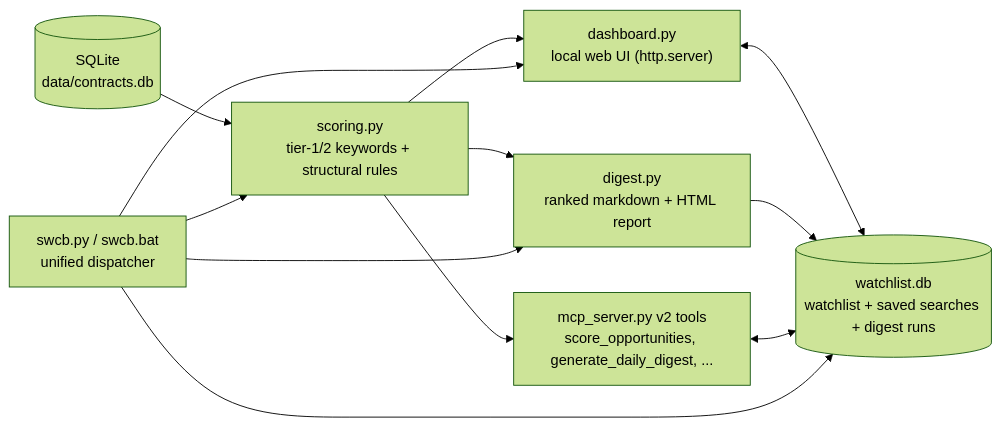
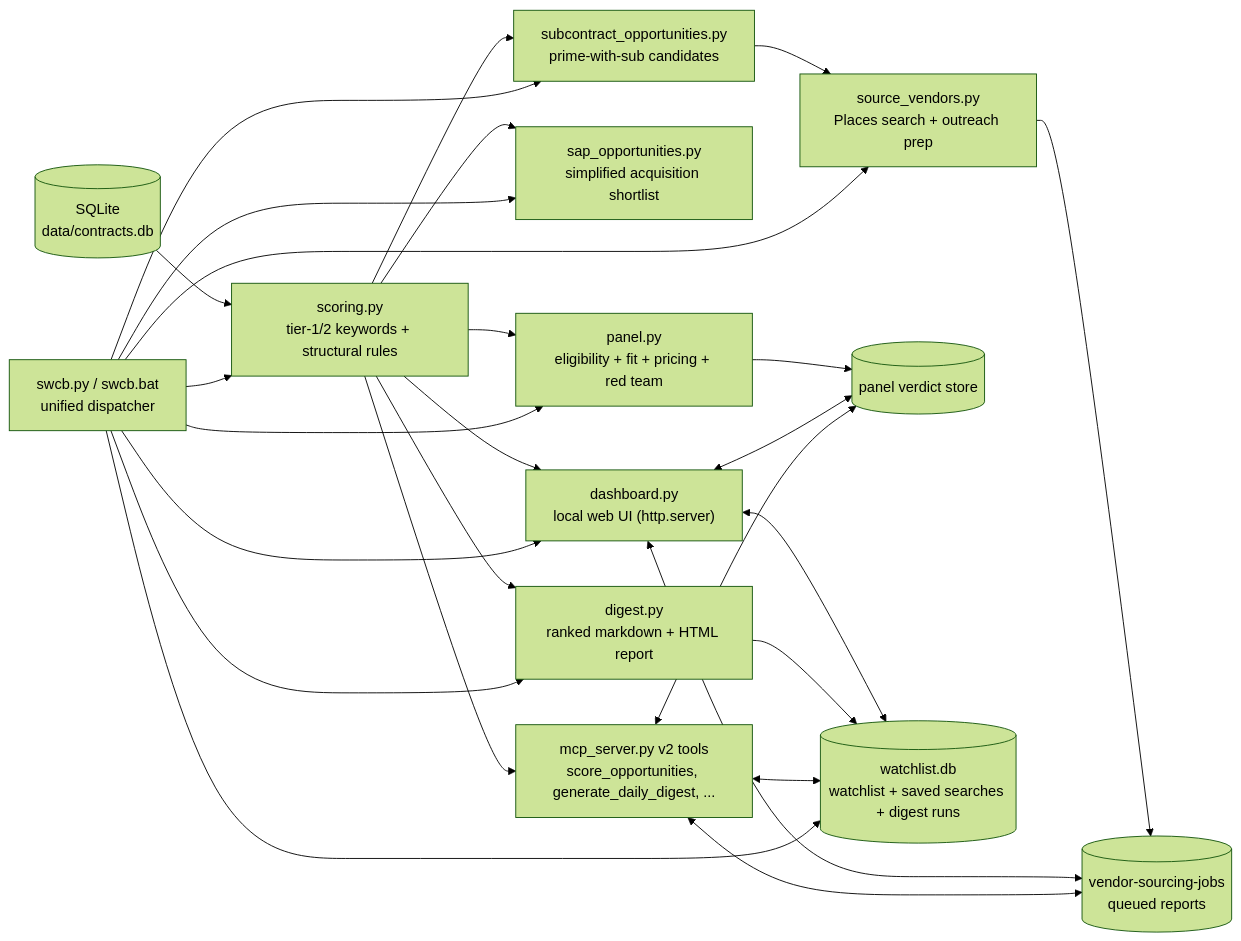
The fourth of 4 diagrams in docs/ARCHITECTURE.md (TheGerberBaby/SW_Sam.gov_Auto_Searcher), drawn with Mermaid (forest theme) before and after one commit. The commit also changed other lines of this file and 1 other file, not shown here.

Commit message:
update workbench schematic

````diff
--- a/docs/ARCHITECTURE.md
+++ b/docs/ARCHITECTURE.md
@@ -86,14 +112,28 @@
 ```mermaid
 flowchart LR
     DB[("SQLite<br/>data/contracts.db")] --> SCORE["scoring.py<br/>tier-1/2 keywords + structural rules"]
     SCORE --> DIGEST["digest.py<br/>ranked markdown + HTML report"]
+    SCORE --> SAP["sap_opportunities.py<br/>simplified acquisition shortlist"]
+    SCORE --> SUBS["subcontract_opportunities.py<br/>prime-with-sub candidates"]
+    SCORE --> PANEL["panel.py<br/>eligibility + fit + pricing + red team"]
     SCORE --> DASH["dashboard.py<br/>local web UI (http.server)"]
     SCORE --> MCP2["mcp_server.py v2 tools<br/>score_opportunities, generate_daily_digest, ..."]
+    SUBS --> VENDORS["source_vendors.py<br/>Places search + outreach prep"]
+    VENDORS --> JOBS[("vendor-sourcing-jobs<br/>queued reports")]
+    PANEL --> VERDICTS[("panel verdict store")]
     DASH <--> WL[("watchlist.db<br/>watchlist + saved searches + digest runs")]
+    DASH <--> JOBS
+    DASH <--> VERDICTS
     DIGEST --> WL
     MCP2 <--> WL
+    MCP2 <--> JOBS
+    MCP2 <--> VERDICTS
     CLI["swcb.py / swcb.bat<br/>unified dispatcher"] --> SCORE
     CLI --> DIGEST
     CLI --> DASH
     CLI --> WL
+    CLI --> SAP
+    CLI --> SUBS
+    CLI --> PANEL
+    CLI --> VENDORS
 ```
````
